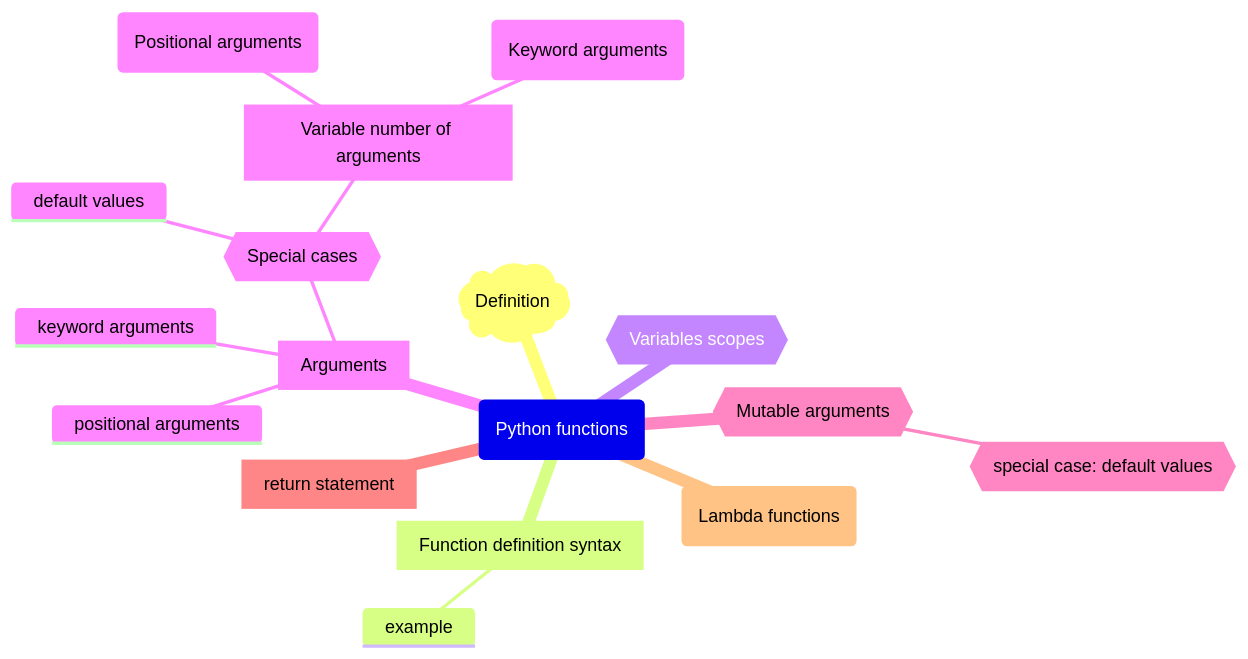
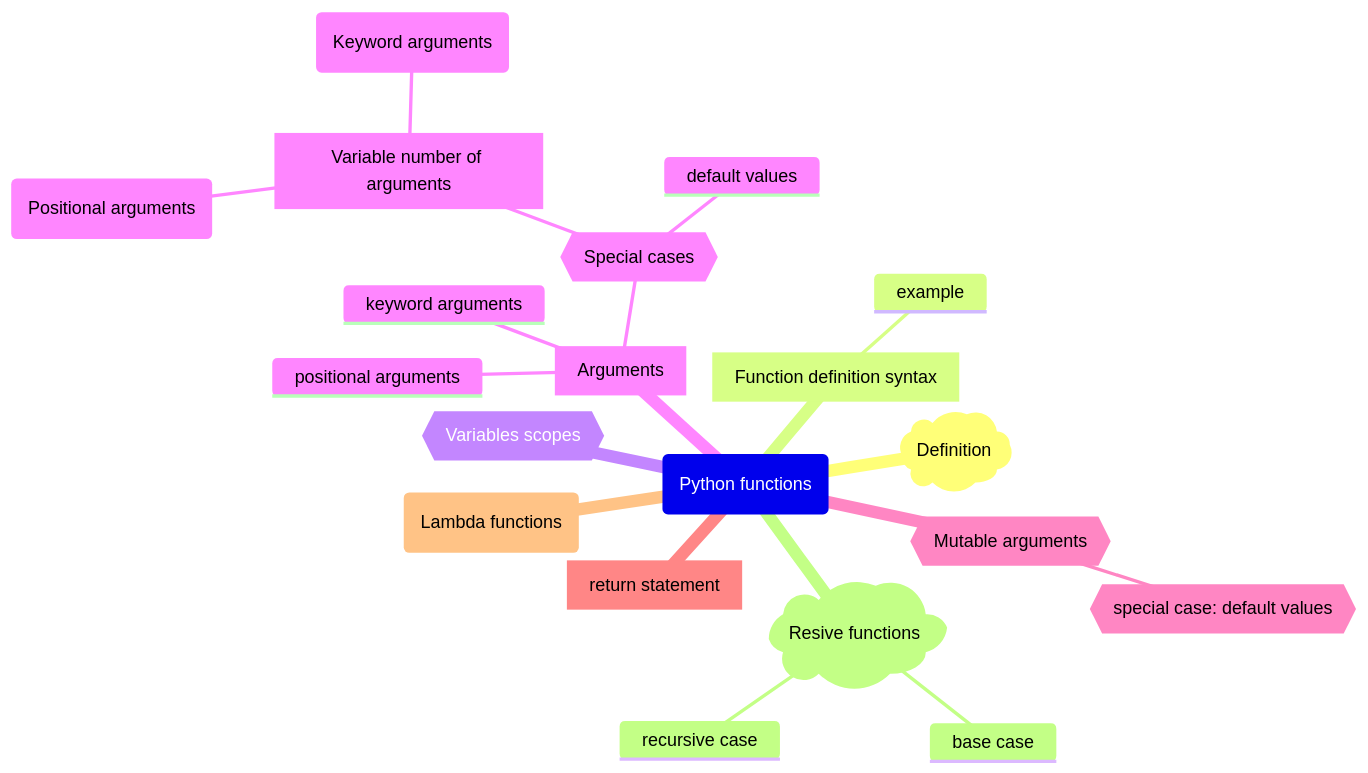
One commit to edu-python-course/edu-python-course.github.io changed the diagram in mindmaps/basics-function.mmd. Above: the diagram before and after it, drawn with Mermaid.

Commit message:
Update functions mindmap (GH-216)

```diff
--- a/mindmaps/basics-function.mmd
+++ b/mindmaps/basics-function.mmd
@@ -1,22 +1,25 @@
 ---
 Python functions
 ---
 
 mindmap
     root(Python functions)
         term)Definition(
         def[Function definition syntax]
             example
         scope{{Variables scopes}}
         ::[Arguments]
             positional arguments
             keyword arguments
             ::{{Special cases}}
                 default values
                 ::[Variable number of arguments]
                     pos(Positional arguments)
                     kw(Keyword arguments)
         m_args{{Mutable arguments}}
             ::{{special case: default values}}
         return[return statement]
         lambda(Lambda functions)
+        recursion)Resive functions(
+            base case
+            recursive case
```
